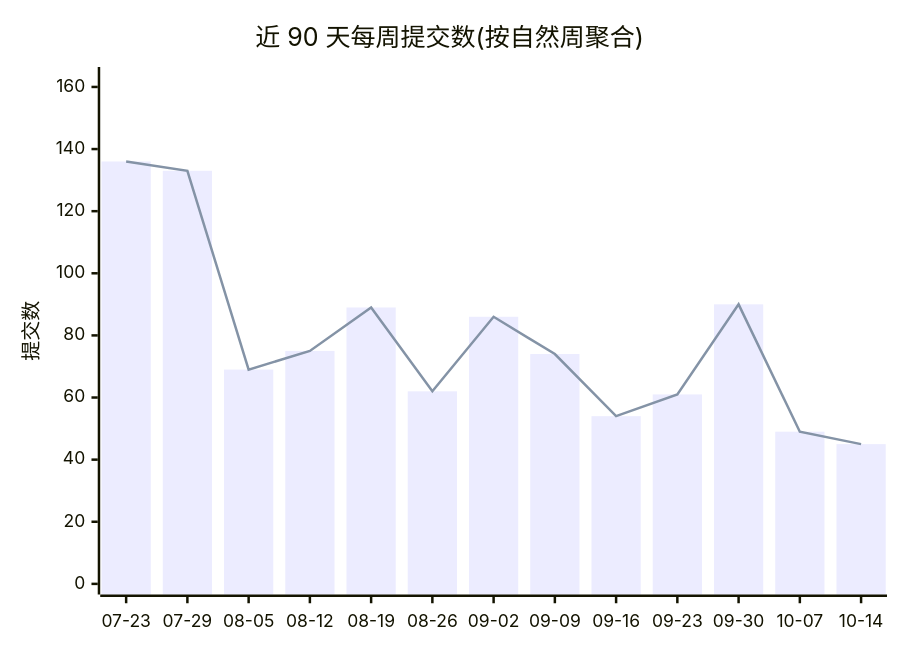
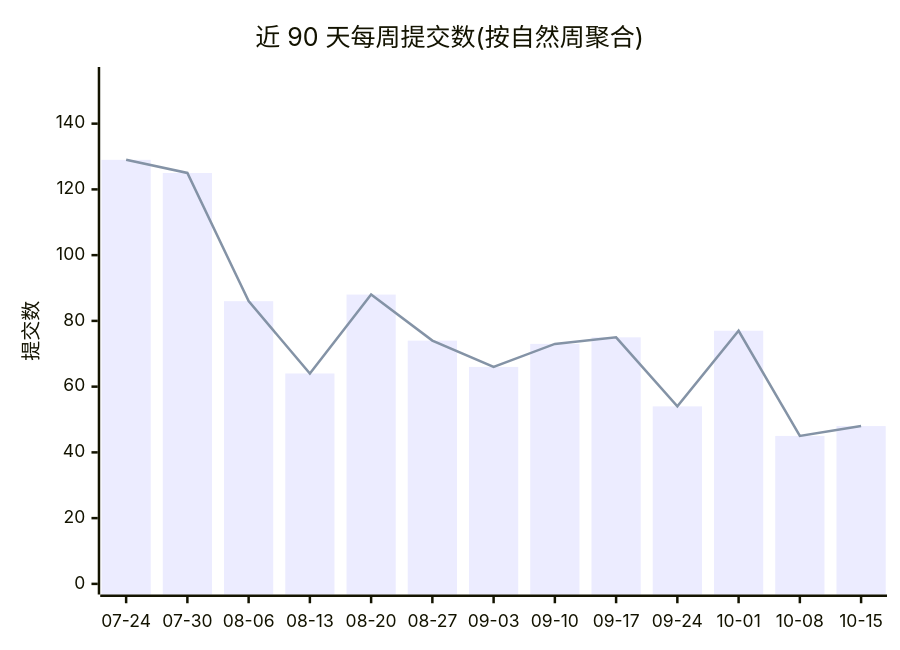
Before and after one commit to Conflux-Union/.github: the first of 2 diagrams in profile/README.md, drawn with Mermaid. The commit also changed other lines of this file and 1 other file, not shown here.

````diff
--- a/profile/README.md
+++ b/profile/README.md
@@ -44,8 +44,8 @@
 ```mermaid
 xychart-beta
     title "近 90 天每周提交数(按自然周聚合)"
-    x-axis ["07-23", "07-29", "08-05", "08-12", "08-19", "08-26", "09-02", "09-09", "09-16", "09-23", "09-30", "10-07", "10-14"]
-    y-axis "提交数" 0 --> 163
-    bar [136, 133, 69, 75, 89, 62, 86, 74, 54, 61, 90, 49, 45]
-    line [136, 133, 69, 75, 89, 62, 86, 74, 54, 61, 90, 49, 45]
+    x-axis ["07-24", "07-30", "08-06", "08-13", "08-20", "08-27", "09-03", "09-10", "09-17", "09-24", "10-01", "10-08", "10-15"]
+    y-axis "提交数" 0 --> 154
+    bar [129, 125, 86, 64, 88, 74, 66, 73, 75, 54, 77, 45, 48]
+    line [129, 125, 86, 64, 88, 74, 66, 73, 75, 54, 77, 45, 48]
 ```
````
